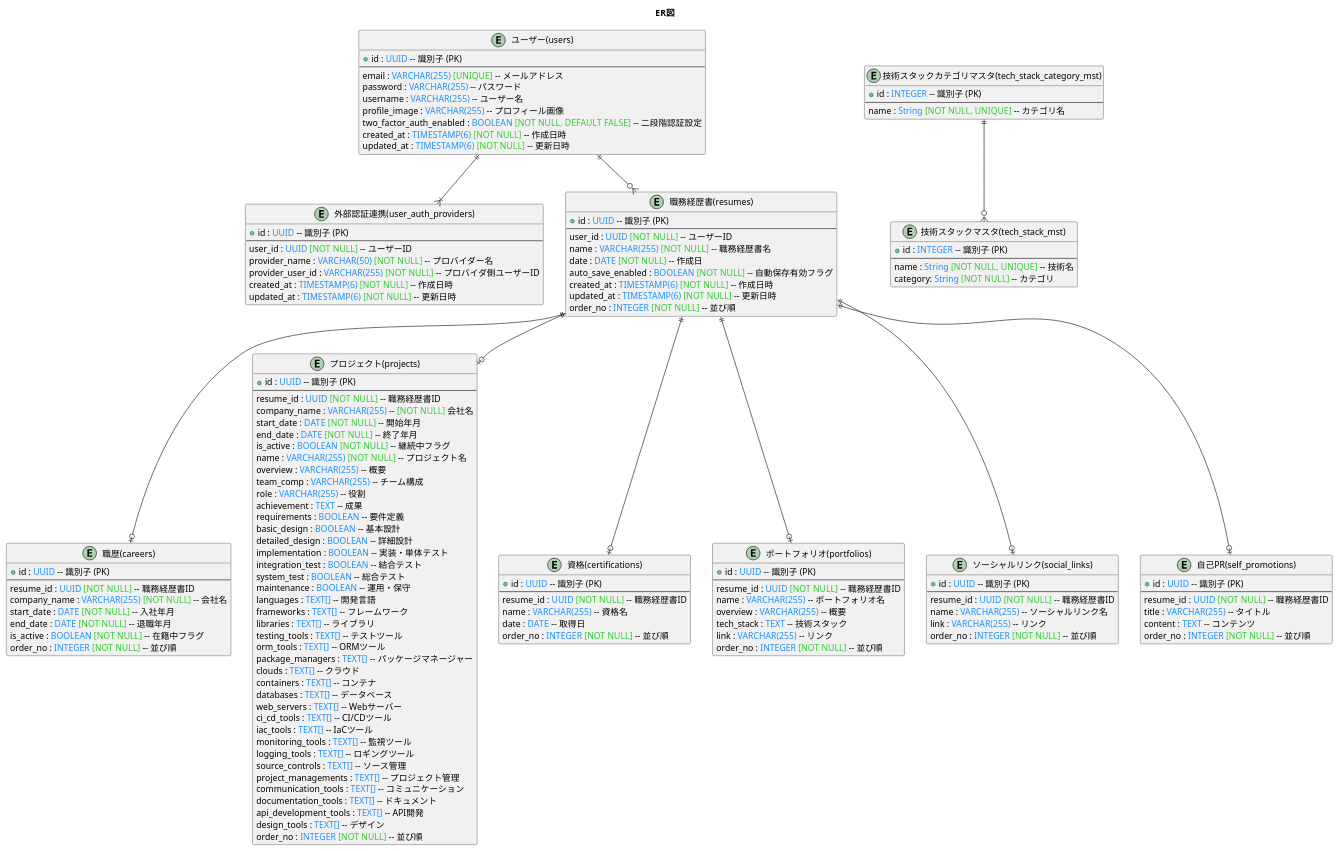
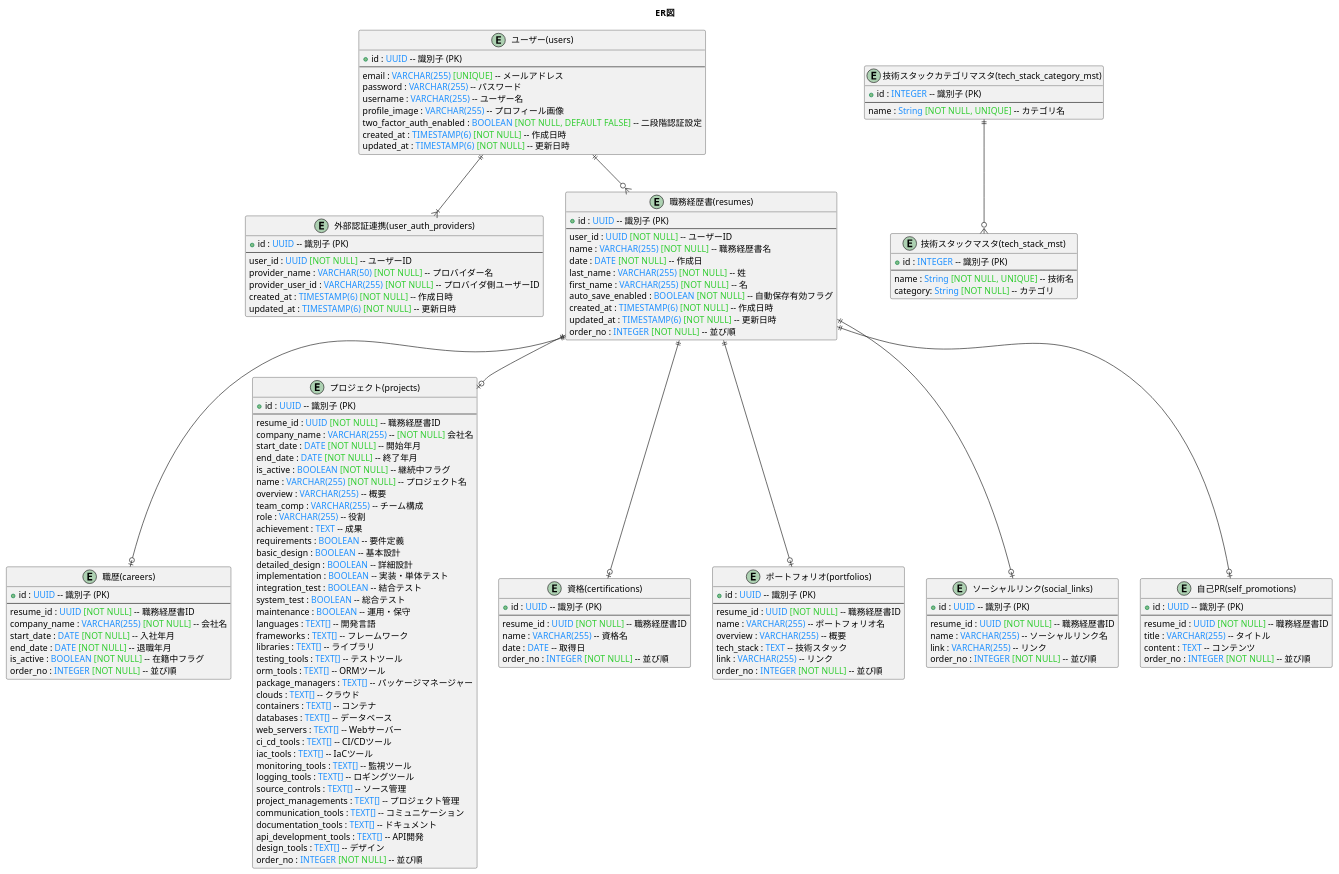
One commit to DogisRiki/KeirekiPro changed the diagram in doc/DB設計/ER図.pu. Above: the diagram before and after it, drawn with PlantUML. The commit also changed 1 other file, not shown here.

```diff
--- a/doc/DB設計/ER図.pu
+++ b/doc/DB設計/ER図.pu
@@ -1,159 +1,161 @@
 @startuml ER図
 
 title ER図
 
 entity "ユーザー(users)" as users {
     + id : <color:#1E90FF>UUID</color> -- 識別子 (PK)
     --
     email : <color:#1E90FF>VARCHAR(255)</color> <color:#32CD32>[UNIQUE]</color> -- メールアドレス
     password : <color:#1E90FF>VARCHAR(255)</color> -- パスワード
     username : <color:#1E90FF>VARCHAR(255)</color> -- ユーザー名
     profile_image : <color:#1E90FF>VARCHAR(255)</color> -- プロフィール画像
     two_factor_auth_enabled : <color:#1E90FF>BOOLEAN</color> <color:#32CD32>[NOT NULL, DEFAULT FALSE]</color> -- 二段階認証設定
     created_at : <color:#1E90FF>TIMESTAMP(6)</color> <color:#32CD32>[NOT NULL]</color> -- 作成日時
     updated_at : <color:#1E90FF>TIMESTAMP(6)</color> <color:#32CD32>[NOT NULL]</color> -- 更新日時
 }
 
 entity "外部認証連携(user_auth_providers)" as UserAuthProviders {
     + id : <color:#1E90FF>UUID</color> -- 識別子 (PK)
     --
     user_id : <color:#1E90FF>UUID</color> <color:#32CD32>[NOT NULL]</color> -- ユーザーID
     provider_name : <color:#1E90FF>VARCHAR(50)</color> <color:#32CD32>[NOT NULL]</color> -- プロバイダー名
     provider_user_id : <color:#1E90FF>VARCHAR(255)</color> <color:#32CD32>[NOT NULL]</color> -- プロバイダ側ユーザーID
     created_at : <color:#1E90FF>TIMESTAMP(6)</color> <color:#32CD32>[NOT NULL]</color> -- 作成日時
     updated_at : <color:#1E90FF>TIMESTAMP(6)</color> <color:#32CD32>[NOT NULL]</color> -- 更新日時
 }
 
 entity "職務経歴書(resumes)" as Resumes {
     + id : <color:#1E90FF>UUID</color> -- 識別子 (PK)
     --
     user_id : <color:#1E90FF>UUID</color> <color:#32CD32>[NOT NULL]</color> -- ユーザーID
     name : <color:#1E90FF>VARCHAR(255)</color> <color:#32CD32>[NOT NULL]</color> -- 職務経歴書名
     date : <color:#1E90FF>DATE</color> <color:#32CD32>[NOT NULL]</color> -- 作成日
+    last_name : <color:#1E90FF>VARCHAR(255)</color> <color:#32CD32>[NOT NULL]</color> -- 姓
+    first_name : <color:#1E90FF>VARCHAR(255)</color> <color:#32CD32>[NOT NULL]</color> -- 名
     auto_save_enabled : <color:#1E90FF>BOOLEAN</color> <color:#32CD32>[NOT NULL]</color> -- 自動保存有効フラグ
     created_at : <color:#1E90FF>TIMESTAMP(6)</color> <color:#32CD32>[NOT NULL]</color> -- 作成日時
     updated_at : <color:#1E90FF>TIMESTAMP(6)</color> <color:#32CD32>[NOT NULL]</color> -- 更新日時
     order_no : <color:#1E90FF>INTEGER</color> <color:#32CD32>[NOT NULL]</color> -- 並び順
 }
 
 entity "職歴(careers)" as Careers {
     + id : <color:#1E90FF>UUID</color> -- 識別子 (PK)
     --
     resume_id : <color:#1E90FF>UUID</color> <color:#32CD32>[NOT NULL]</color> -- 職務経歴書ID
     company_name : <color:#1E90FF>VARCHAR(255)</color> <color:#32CD32>[NOT NULL]</color> -- 会社名
     start_date : <color:#1E90FF>DATE</color> <color:#32CD32>[NOT NULL]</color> -- 入社年月
     end_date : <color:#1E90FF>DATE</color> <color:#32CD32>[NOT NULL]</color> -- 退職年月
     is_active : <color:#1E90FF>BOOLEAN</color> <color:#32CD32>[NOT NULL]</color> -- 在籍中フラグ
     order_no : <color:#1E90FF>INTEGER</color> <color:#32CD32>[NOT NULL]</color> -- 並び順
 }
 
 entity "プロジェクト(projects)" as Projects {
     + id : <color:#1E90FF>UUID</color> -- 識別子 (PK)
     --
     resume_id : <color:#1E90FF>UUID</color> <color:#32CD32>[NOT NULL]</color> -- 職務経歴書ID
     company_name : <color:#1E90FF>VARCHAR(255)</color> -- <color:#32CD32>[NOT NULL]</color> 会社名
     start_date : <color:#1E90FF>DATE</color> <color:#32CD32>[NOT NULL]</color> -- 開始年月
     end_date : <color:#1E90FF>DATE</color> <color:#32CD32>[NOT NULL]</color> -- 終了年月
     is_active : <color:#1E90FF>BOOLEAN</color> <color:#32CD32>[NOT NULL]</color> -- 継続中フラグ
     name : <color:#1E90FF>VARCHAR(255)</color> <color:#32CD32>[NOT NULL]</color> -- プロジェクト名
     overview : <color:#1E90FF>VARCHAR(255)</color> -- 概要
     team_comp : <color:#1E90FF>VARCHAR(255)</color> -- チーム構成
     role : <color:#1E90FF>VARCHAR(255)</color> -- 役割
     achievement : <color:#1E90FF>TEXT</color> -- 成果
     requirements : <color:#1E90FF>BOOLEAN</color> -- 要件定義
     basic_design : <color:#1E90FF>BOOLEAN</color> -- 基本設計
     detailed_design : <color:#1E90FF>BOOLEAN</color> -- 詳細設計
     implementation : <color:#1E90FF>BOOLEAN</color> -- 実装・単体テスト
     integration_test : <color:#1E90FF>BOOLEAN</color> -- 結合テスト
     system_test : <color:#1E90FF>BOOLEAN</color> -- 総合テスト
     maintenance : <color:#1E90FF>BOOLEAN</color> -- 運用・保守
     languages : <color:#1E90FF>TEXT[]</color> -- 開発言語
     frameworks : <color:#1E90FF>TEXT[]</color> -- フレームワーク
     libraries : <color:#1E90FF>TEXT[]</color> -- ライブラリ
     testing_tools : <color:#1E90FF>TEXT[]</color> -- テストツール
     orm_tools : <color:#1E90FF>TEXT[]</color> -- ORMツール
     package_managers : <color:#1E90FF>TEXT[]</color> -- パッケージマネージャー
     clouds : <color:#1E90FF>TEXT[]</color> -- クラウド
     containers : <color:#1E90FF>TEXT[]</color> -- コンテナ
     databases : <color:#1E90FF>TEXT[]</color> -- データベース
     web_servers : <color:#1E90FF>TEXT[]</color> -- Webサーバー
     ci_cd_tools : <color:#1E90FF>TEXT[]</color> -- CI/CDツール
     iac_tools : <color:#1E90FF>TEXT[]</color> -- IaCツール
     monitoring_tools : <color:#1E90FF>TEXT[]</color> -- 監視ツール
     logging_tools : <color:#1E90FF>TEXT[]</color> -- ロギングツール
     source_controls : <color:#1E90FF>TEXT[]</color> -- ソース管理
     project_managements : <color:#1E90FF>TEXT[]</color> -- プロジェクト管理
     communication_tools : <color:#1E90FF>TEXT[]</color> -- コミュニケーション
     documentation_tools : <color:#1E90FF>TEXT[]</color> -- ドキュメント
     api_development_tools : <color:#1E90FF>TEXT[]</color> -- API開発
     design_tools : <color:#1E90FF>TEXT[]</color> -- デザイン
     order_no : <color:#1E90FF>INTEGER</color> <color:#32CD32>[NOT NULL]</color> -- 並び順
 }
 
 entity "資格(certifications)" as Certifications {
     + id : <color:#1E90FF>UUID</color> -- 識別子 (PK)
     --
     resume_id : <color:#1E90FF>UUID</color> <color:#32CD32>[NOT NULL]</color> -- 職務経歴書ID
     name : <color:#1E90FF>VARCHAR(255)</color> -- 資格名
     date : <color:#1E90FF>DATE</color> -- 取得日
     order_no : <color:#1E90FF>INTEGER</color> <color:#32CD32>[NOT NULL]</color> -- 並び順
 }
 
 entity "ポートフォリオ(portfolios)" as Portfolios {
     + id : <color:#1E90FF>UUID</color> -- 識別子 (PK)
     --
     resume_id : <color:#1E90FF>UUID</color> <color:#32CD32>[NOT NULL]</color> -- 職務経歴書ID
     name : <color:#1E90FF>VARCHAR(255)</color> -- ポートフォリオ名
     overview : <color:#1E90FF>VARCHAR(255)</color> -- 概要
     tech_stack : <color:#1E90FF>TEXT</color> -- 技術スタック
     link : <color:#1E90FF>VARCHAR(255)</color> -- リンク
     order_no : <color:#1E90FF>INTEGER</color> <color:#32CD32>[NOT NULL]</color> -- 並び順
 }
 
 entity "ソーシャルリンク(social_links)" as SocialLinks {
     + id : <color:#1E90FF>UUID</color> -- 識別子 (PK)
     --
     resume_id : <color:#1E90FF>UUID</color> <color:#32CD32>[NOT NULL]</color> -- 職務経歴書ID
     name : <color:#1E90FF>VARCHAR(255)</color> -- ソーシャルリンク名
     link : <color:#1E90FF>VARCHAR(255)</color> -- リンク
     order_no : <color:#1E90FF>INTEGER</color> <color:#32CD32>[NOT NULL]</color> -- 並び順
 }
 
 entity "自己PR(self_promotions)" as SelfPromotions {
     + id : <color:#1E90FF>UUID</color> -- 識別子 (PK)
     --
     resume_id : <color:#1E90FF>UUID</color> <color:#32CD32>[NOT NULL]</color> -- 職務経歴書ID
     title : <color:#1E90FF>VARCHAR(255)</color> -- タイトル
     content : <color:#1E90FF>TEXT</color> -- コンテンツ
     order_no : <color:#1E90FF>INTEGER</color> <color:#32CD32>[NOT NULL]</color> -- 並び順
 }
 
 entity "技術スタックマスタ(tech_stack_mst)" as TechStackMst {
     + id : <color:#1E90FF>INTEGER</color> -- 識別子 (PK)
     --
     name : <color:#1E90FF>String</color> <color:#32CD32>[NOT NULL, UNIQUE]</color> -- 技術名
     category: <color:#1E90FF>String</color> <color:#32CD32>[NOT NULL]</color> -- カテゴリ
 }
 
 entity "技術スタックカテゴリマスタ(tech_stack_category_mst)" as TechStackCategoryMst {
     + id : <color:#1E90FF>INTEGER</color> -- 識別子 (PK)
     --
     name : <color:#1E90FF>String</color> <color:#32CD32>[NOT NULL, UNIQUE]</color> -- カテゴリ名
 }
 
 ' ----------------------
 ' リレーション定義
 ' ----------------------
 users ||--o{ Resumes
 users ||--|{ UserAuthProviders
 
 Resumes ||--o| Careers
 Resumes ||--o| Projects
 Resumes ||--o| Certifications
 Resumes ||--o| Portfolios
 Resumes ||--o| SocialLinks
 Resumes ||--o| SelfPromotions
 
 TechStackCategoryMst ||--o{ TechStackMst
 
 @enduml
```
